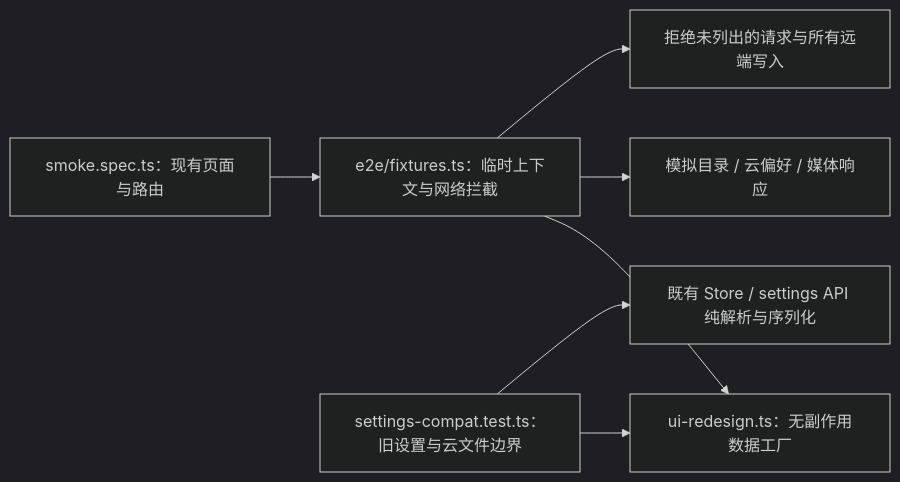
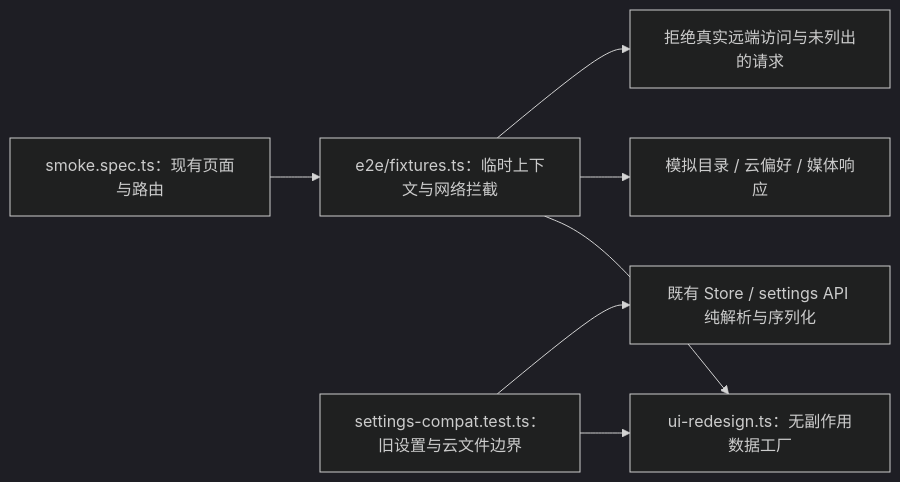
Before and after one commit to XPoet/picx: the diagram in tests/fixtures/README.md, drawn with Mermaid (dark theme). The commit also changed other lines of this file and 30 other files, not shown here.

````diff
--- a/tests/fixtures/README.md
+++ b/tests/fixtures/README.md
@@ -5,9 +5,9 @@
 ```mermaid
 flowchart LR
   Smoke[smoke.spec.ts：现有页面与路由] --> Harness[e2e/fixtures.ts：临时上下文与网络拦截]
   Harness --> Data[ui-redesign.ts：无副作用数据工厂]
   Unit[settings-compat.test.ts：旧设置与云文件边界] --> Data
   Unit --> Current[既有 Store / settings API 纯解析与序列化]
   Harness --> Mock[模拟目录 / 云偏好 / 媒体响应]
-  Harness --> Guard[拒绝未列出的请求与所有远端写入]
+  Harness --> Guard[拒绝真实远端访问与未列出的请求]
 ```
````
